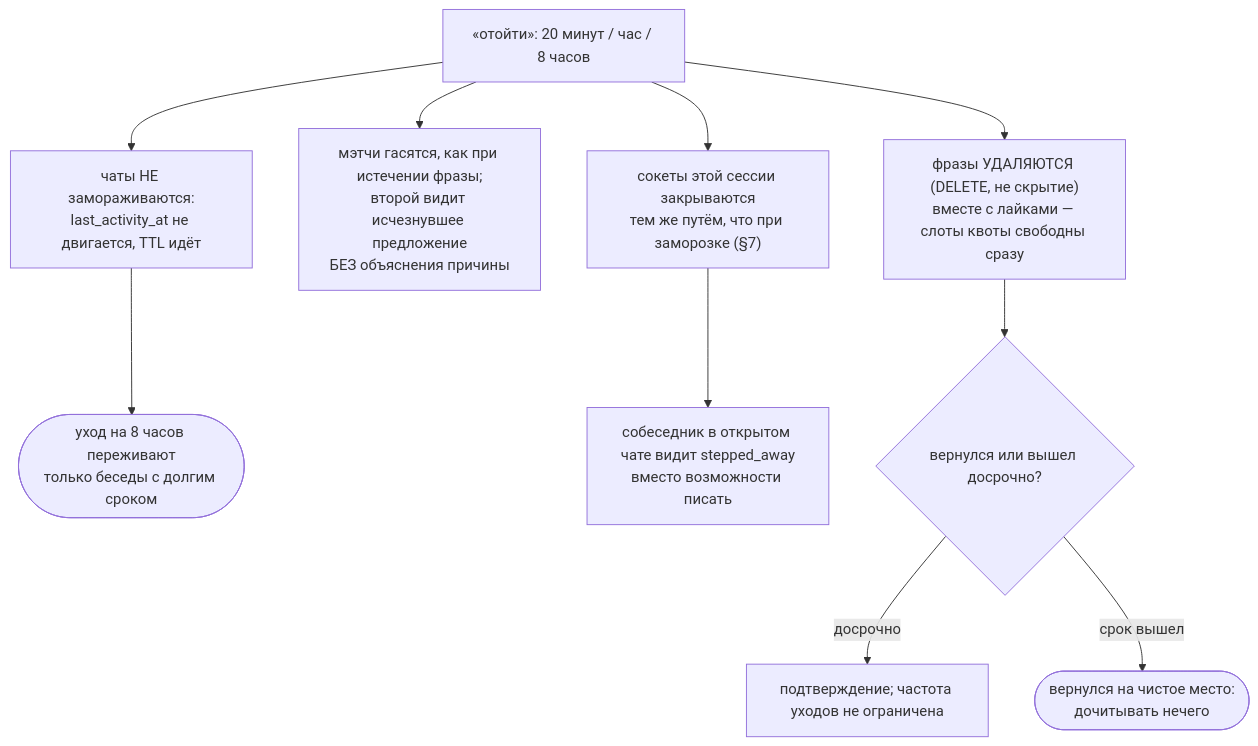
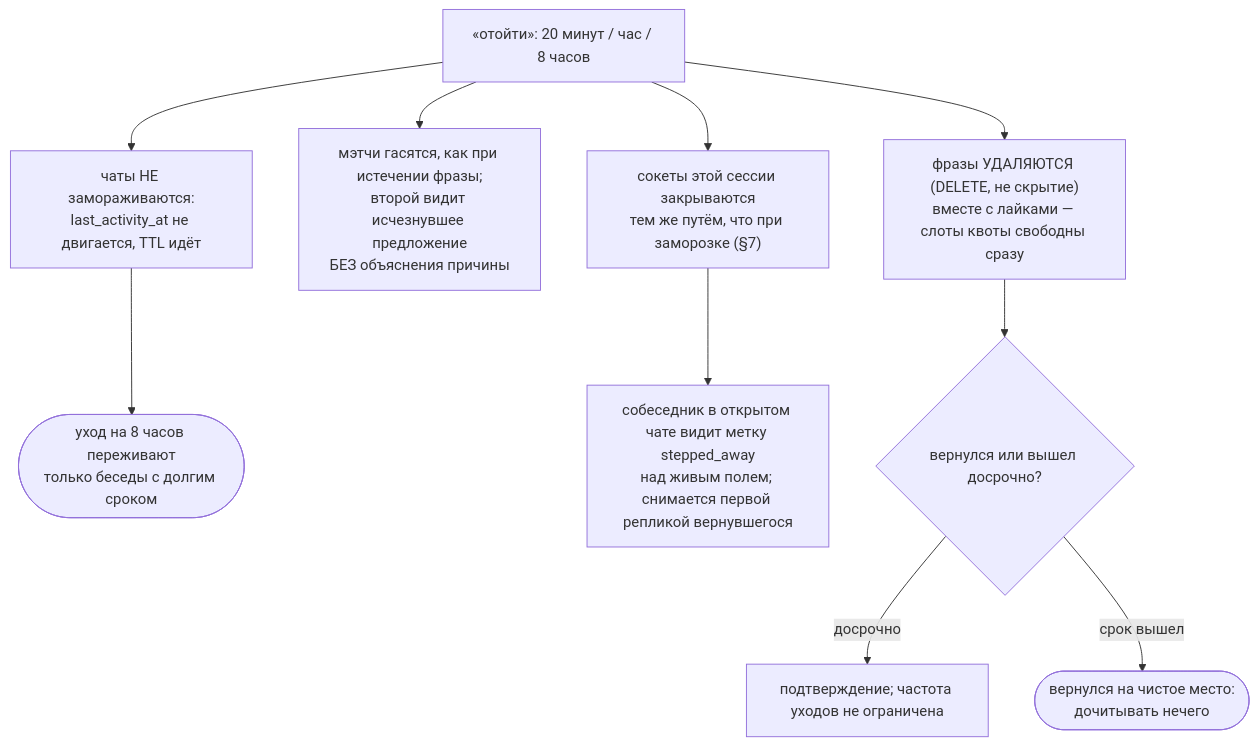
Diagram 30 of 30 in docs/chat-flows_RU.md (panov-id/xor.ad), drawn with Mermaid before and after one commit. The commit also changed 13 other files, not shown here.

First line of the commit message:
Run depth without Docker's log driver, and lift the stepped-away label with the returner's first message instead of the span

````diff
--- a/docs/chat-flows_RU.md
+++ b/docs/chat-flows_RU.md
@@ -960,12 +960,12 @@
 ```mermaid
 flowchart TD
   away["«отойти»: 20 минут / час / 8 часов"] --> del["фразы УДАЛЯЮТСЯ #40;DELETE, не скрытие#41;<br/>вместе с лайками — слоты квоты свободны сразу"]
   away --> match["мэтчи гасятся, как при истечении фразы;<br/>второй видит исчезнувшее предложение<br/>БЕЗ объяснения причины"]
   away --> sock["сокеты этой сессии закрываются<br/>тем же путём, что при заморозке #40;§7#41;"]
   away --> chats["чаты НЕ замораживаются:<br/>last_activity_at не двигается, TTL идёт"]
   chats --> price(["уход на 8 часов переживают<br/>только беседы с долгим сроком"])
-  sock --> peer["собеседник в открытом чате видит stepped_away<br/>вместо возможности писать"]
+  sock --> peer["собеседник в открытом чате видит метку stepped_away<br/>над живым полем; снимается первой репликой вернувшегося"]
   del --> back{"вернулся или вышел досрочно?"}
   back -- "досрочно" --> confirm["подтверждение; частота уходов не ограничена"]
   back -- "срок вышел" --> clean(["вернулся на чистое место:<br/>дочитывать нечего"])
 ```
````
